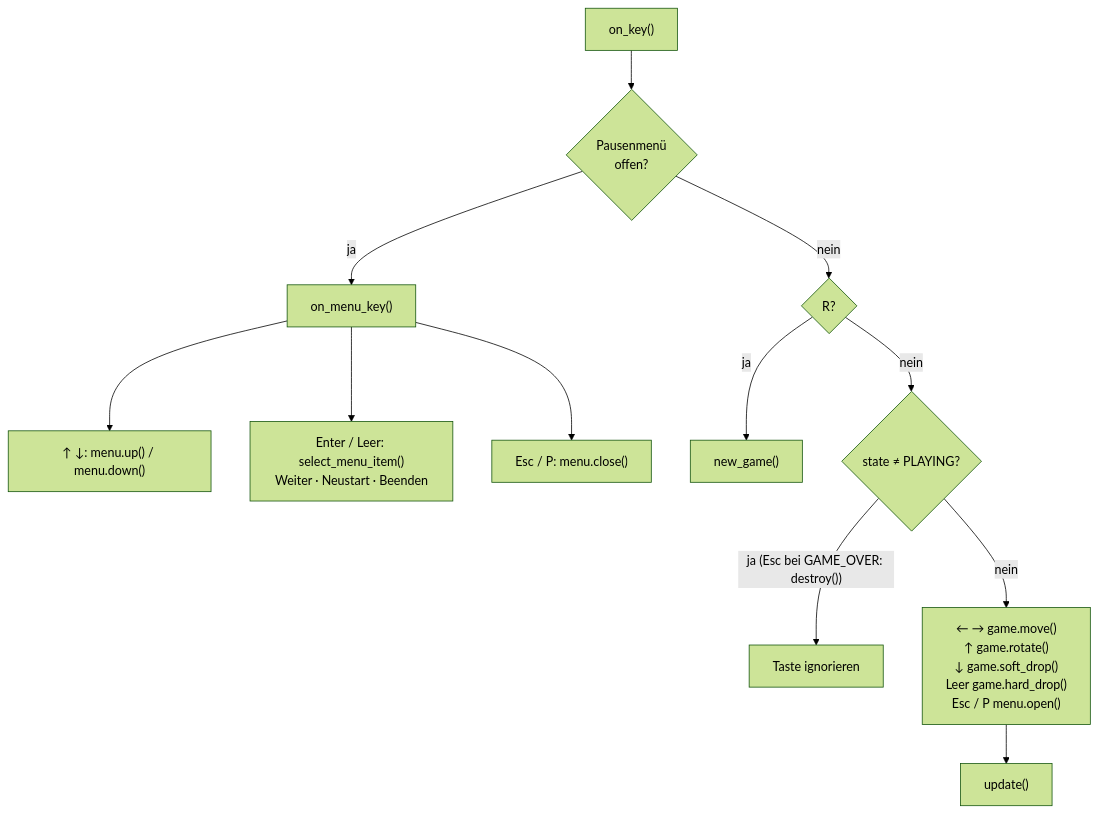
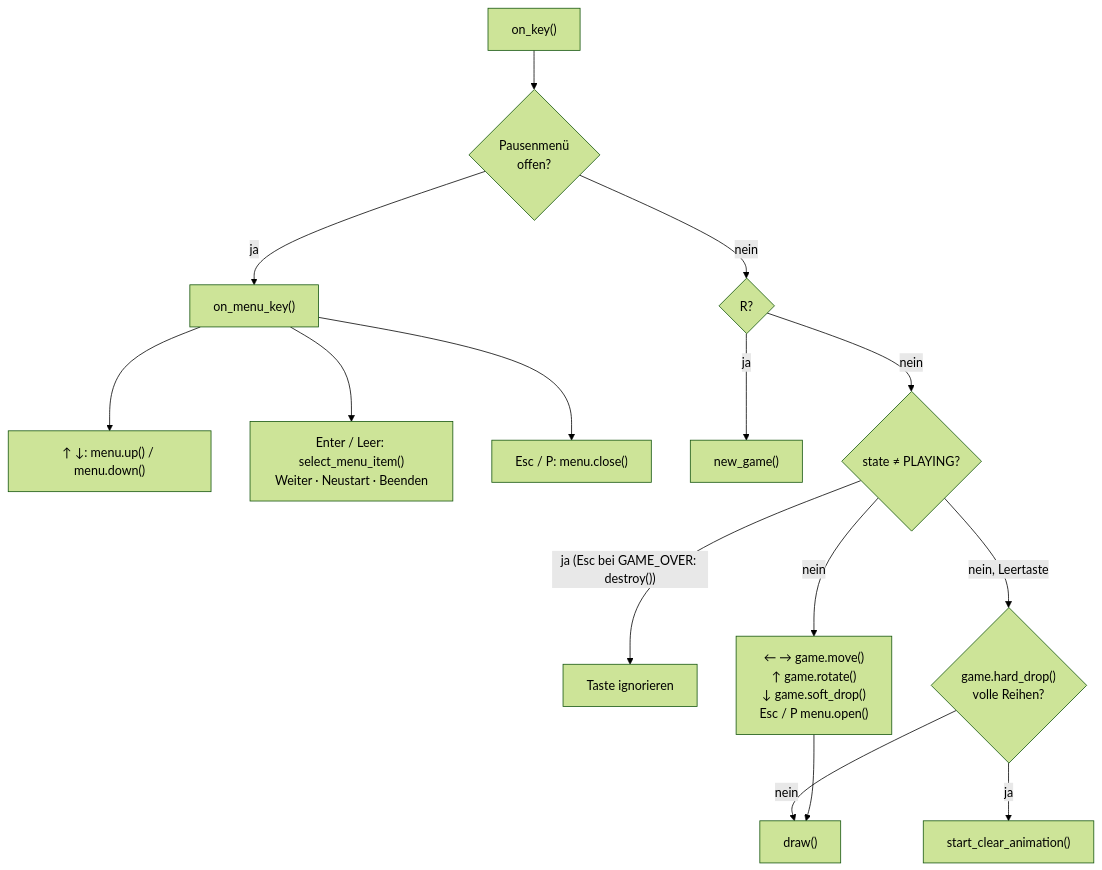
One commit to Krysek/Quickstart-mit-Claude changed the sixth of 6 diagrams in docs/Diagramme.md. Above: the diagram before and after it, drawn with Mermaid (forest theme). The commit also changed other lines of this file and 7 other files, not shown here.

````diff
--- a/docs/Diagramme.md
+++ b/docs/Diagramme.md
@@ -236,14 +250,17 @@
 ```mermaid
 flowchart TD
     key["on_key()"] --> paused{"Pausenmenü<br/>offen?"}
     paused -->|ja| menu["on_menu_key()"]
     menu --> m1["↑ ↓: menu.up() / menu.down()"]
     menu --> m2["Enter / Leer: select_menu_item()<br/>Weiter · Neustart · Beenden"]
     menu --> m3["Esc / P: menu.close()"]
     paused -->|nein| r{"R?"}
     r -->|ja| ng["new_game()"]
     r -->|nein| blocked{"state ≠ PLAYING?"}
     blocked -->|"ja (Esc bei GAME_OVER: destroy())"| ignore["Taste ignorieren"]
-    blocked -->|nein| act["← → game.move()<br/>↑ game.rotate()<br/>↓ game.soft_drop()<br/>Leer game.hard_drop()<br/>Esc / P menu.open()"]
-    act --> kupd["update()"]
+    blocked -->|nein| act["← → game.move()<br/>↑ game.rotate()<br/>↓ game.soft_drop()<br/>Esc / P menu.open()"]
+    blocked -->|"nein, Leertaste"| hd{"game.hard_drop()<br/>volle Reihen?"}
+    hd -->|ja| ksca["start_clear_animation()"]
+    hd -->|nein| kdraw
+    act --> kdraw["draw()"]
 ```
````
